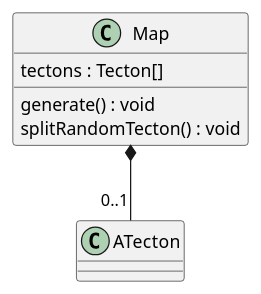
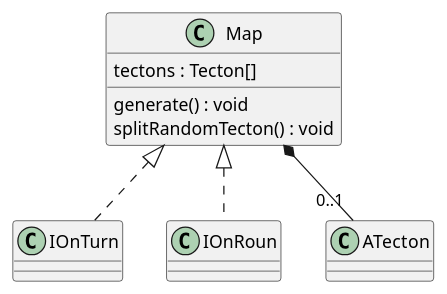
The diagram in 3/classes/map.puml (Petya-G/fungorium), drawn with PlantUML before and after one commit. The commit also changed 4 other files, not shown here.

```diff
--- a/3/classes/map.puml
+++ b/3/classes/map.puml
@@ -1,8 +1,10 @@
 @startuml map
+Map <|.. IOnTurn
+Map <|.. IOnRoun
 Map *-- "0..1" ATecton
 class Map{
     tectons : Tecton[]
     generate() : void
     splitRandomTecton() : void
 }
 @enduml
```
